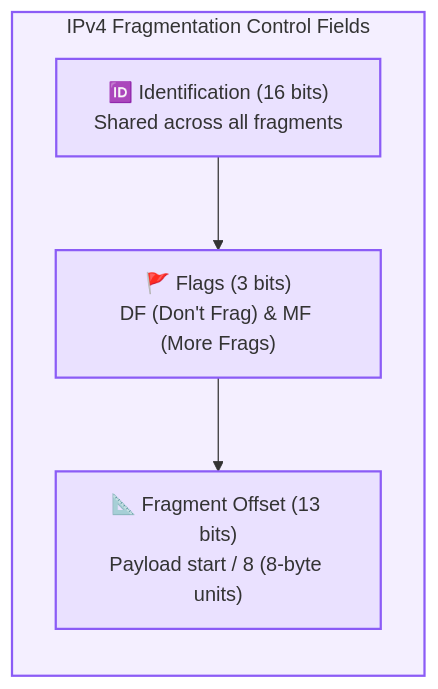
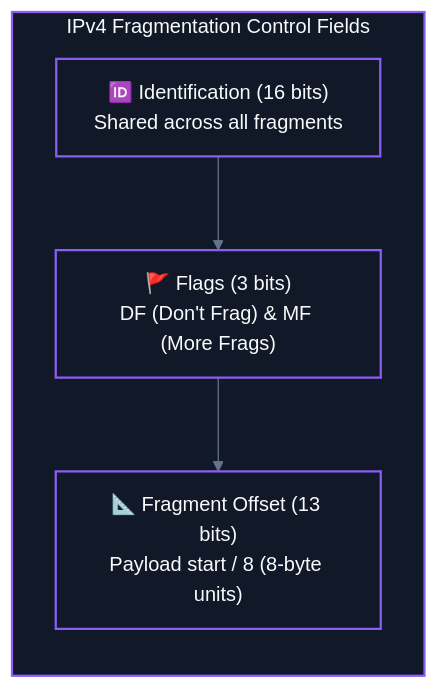
Before and after one commit to abhinavbharti2345/CS_Notes: the third of 3 diagrams in CS/Computer Networking/02. Data Flow & Encapsulation/05. MTU and Fragmentation.md, drawn with Mermaid. The commit also changed other lines of this file and 195 other files, not shown here.

````diff
--- a/CS/Computer Networking/02. Data Flow & Encapsulation/05. MTU and Fragmentation.md
+++ b/CS/Computer Networking/02. Data Flow & Encapsulation/05. MTU and Fragmentation.md
@@ -83,13 +85,14 @@
 ```mermaid
+%%{init: {'theme': 'base', 'themeVariables': { 'darkMode': true, 'background': '#0B0F14', 'mainBkg': '#111827', 'primaryColor': '#111827', 'primaryTextColor': '#F8FAFC', 'primaryBorderColor': '#38BDF8', 'lineColor': '#64748B', 'secondaryColor': '#0B0F14', 'tertiaryColor': '#0B0F14', 'clusterBkg': '#0B0F14', 'clusterBorder': '#38BDF8' }}}%%
 flowchart TD
     subgraph IPv4Header ["IPv4 Fragmentation Control Fields"]
         direction TD
         ID["🆔 Identification (16 bits)<br/>Shared across all fragments"]
         Flags["🚩 Flags (3 bits)<br/>DF (Don't Frag) & MF (More Frags)"]
         Offset["📐 Fragment Offset (13 bits)<br/>Payload start / 8 (8-byte units)"]
         ID --> Flags --> Offset
     end
 
-    classDef header fill:#8b5cf618,stroke:#8b5cf6,stroke-width:1.8px;
+    classDef header fill:#111827,stroke:#8b5cf6,stroke-width:1.8px,color:#F8FAFC;
     class IPv4Header,ID,Flags,Offset header;
 ```
````
